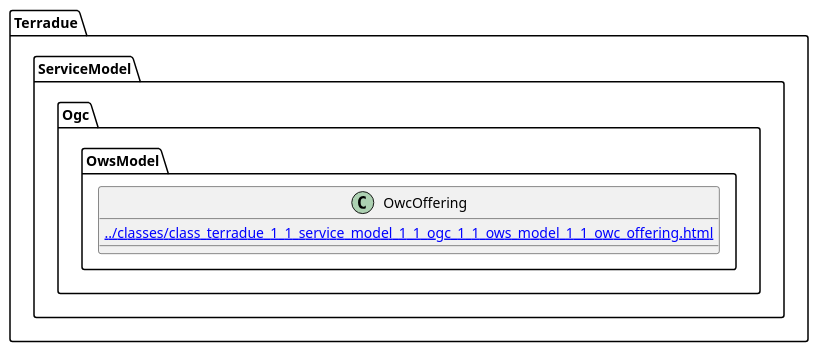
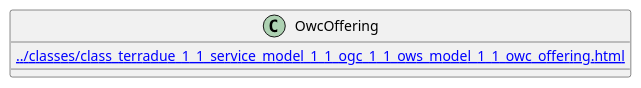
One commit to urban-tep/DDF-SDD changed the diagram in source/classes/class_terradue_1_1_service_model_1_1_ogc_1_1_ows_model_1_1_owc_offering.iuml. Above: the diagram before and after it, drawn with PlantUML. The commit also changed 50 other files, not shown here.

```diff
--- a/source/classes/class_terradue_1_1_service_model_1_1_ogc_1_1_ows_model_1_1_owc_offering.iuml
+++ b/source/classes/class_terradue_1_1_service_model_1_1_ogc_1_1_ows_model_1_1_owc_offering.iuml
@@ -1,6 +1,5 @@
 @startuml
-set namespaceSeparator ::
-class Terradue::ServiceModel::Ogc::OwsModel::OwcOffering {
+class OwcOffering {
 [[../classes/class_terradue_1_1_service_model_1_1_ogc_1_1_ows_model_1_1_owc_offering.html]]
 }
 @enduml
```
